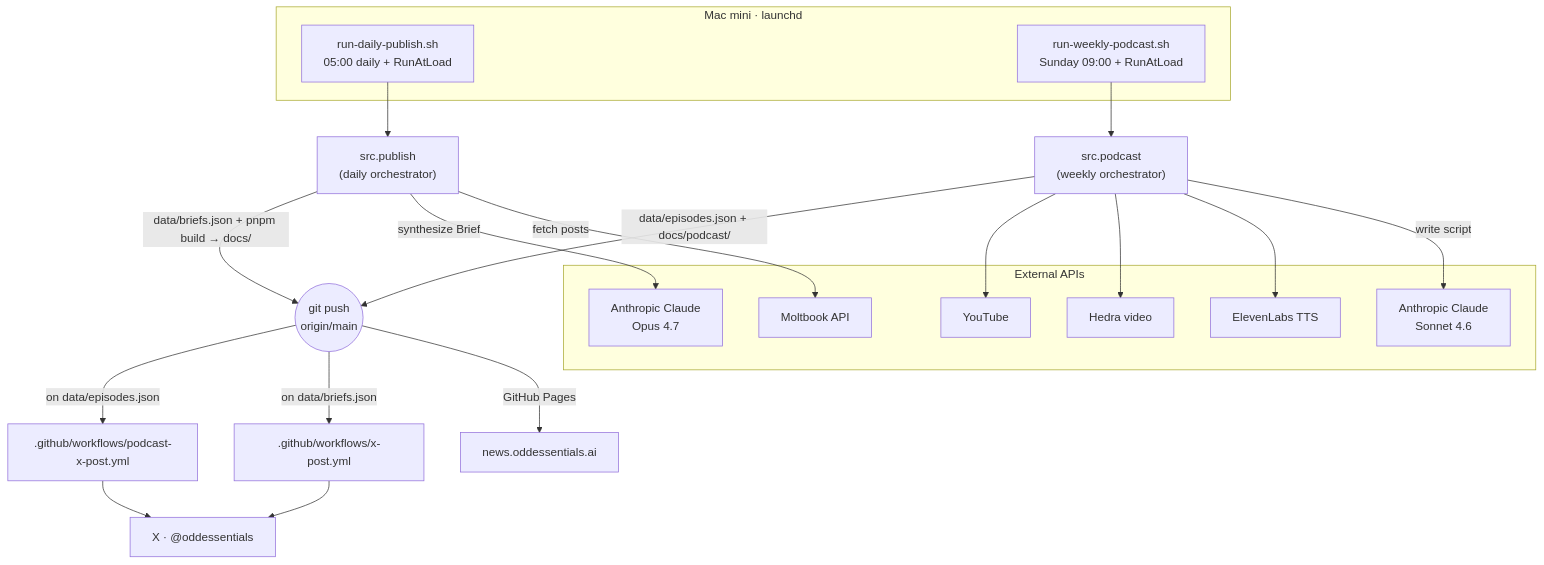
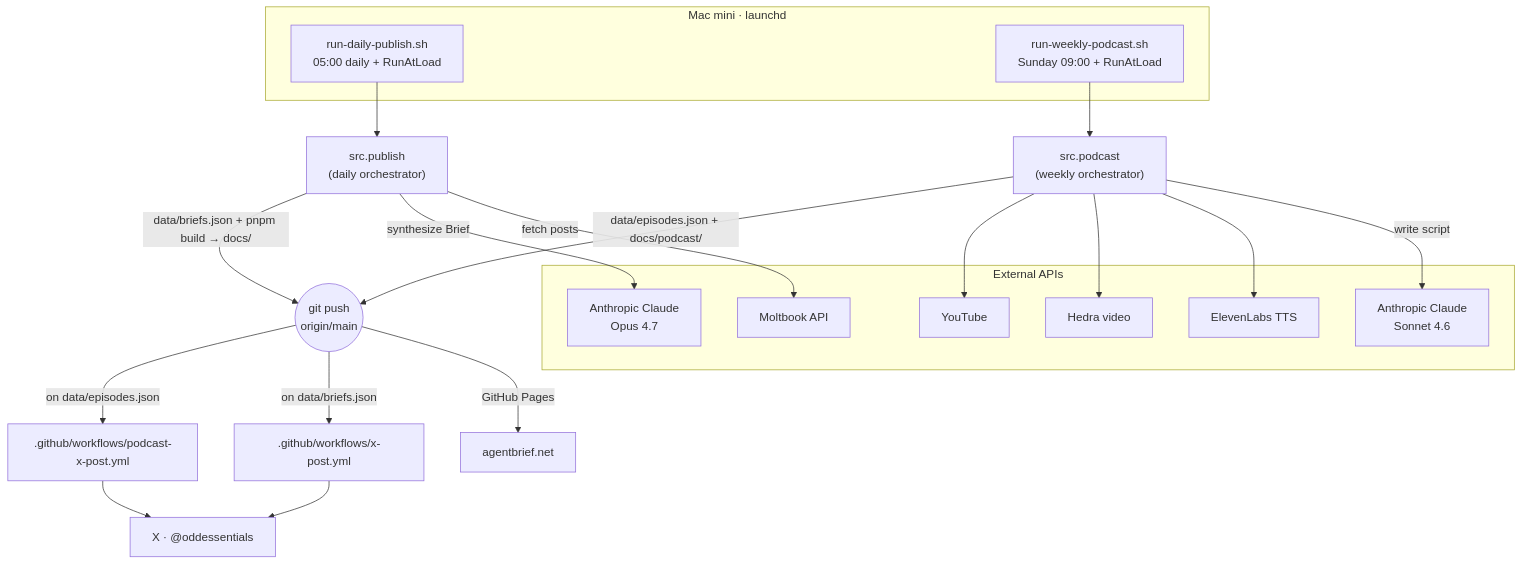
The diagram in README.md (oddessentials/odd-bot-moltbook), drawn with Mermaid before and after one commit. The commit also changed 12 other files, not shown here.

First line of the commit message:
Flip canonical domain to agentbrief.net

````diff
--- a/README.md
+++ b/README.md
@@ -21,36 +21,36 @@
 ```mermaid
 flowchart TD
     subgraph mac["Mac mini · launchd"]
         daily["run-daily-publish.sh<br/>05:00 daily + RunAtLoad"]
         weekly["run-weekly-podcast.sh<br/>Sunday 09:00 + RunAtLoad"]
     end
 
     daily --> dorch["src.publish<br/>(daily orchestrator)"]
     weekly --> worch["src.podcast<br/>(weekly orchestrator)"]
 
     subgraph apis["External APIs"]
         mb["Moltbook API"]
         an_daily["Anthropic Claude<br/>Opus 4.7"]
         an_weekly["Anthropic Claude<br/>Sonnet 4.6"]
         el["ElevenLabs TTS"]
         he["Hedra video"]
         yt["YouTube"]
     end
 
     dorch -->|fetch posts| mb
     dorch -->|synthesize Brief| an_daily
     worch -->|write script| an_weekly
     worch --> el
     worch --> he
     worch --> yt
 
     dorch -->|"data/briefs.json + pnpm build → docs/"| repo
     worch -->|"data/episodes.json + docs/podcast/"| repo
     repo(("git push<br/>origin/main"))
 
-    repo -->|GitHub Pages| site["news.oddessentials.ai"]
+    repo -->|GitHub Pages| site["agentbrief.net"]
     repo -->|"on data/briefs.json"| xp1[".github/workflows/x-post.yml"]
     repo -->|"on data/episodes.json"| xp2[".github/workflows/podcast-x-post.yml"]
     xp1 --> x["X · @oddessentials"]
     xp2 --> x
 ```
````
